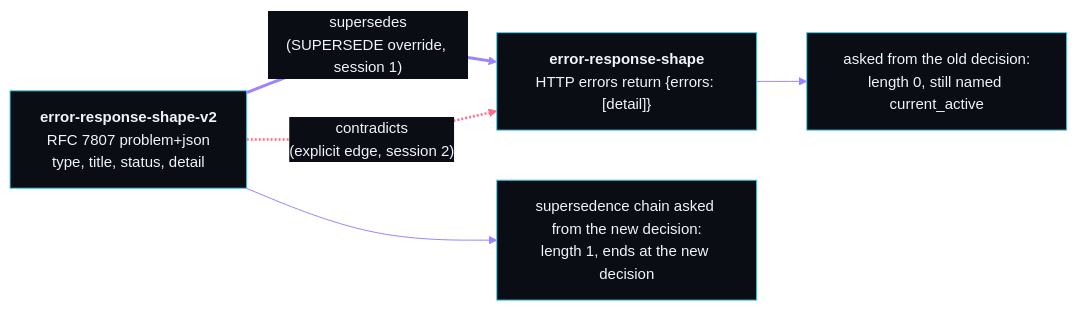
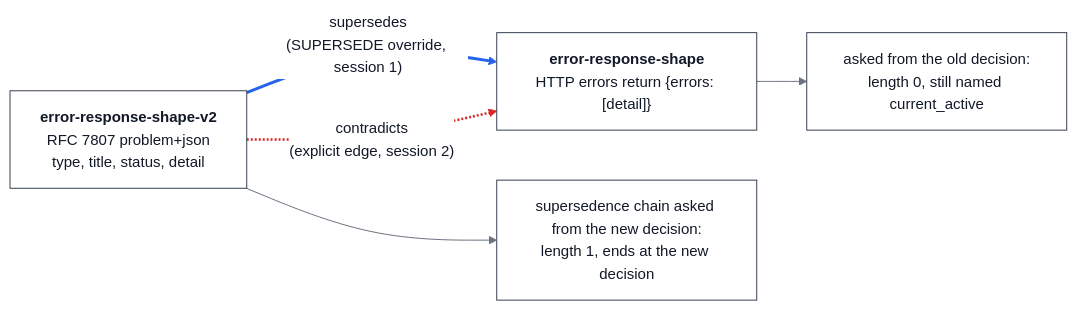
The second of 4 diagrams in docs/how-it-works.md (Infrasity-Labs/pulse-grafx-decision-memory), drawn with Mermaid before and after one commit. The commit also changed other lines of this file and 6 other files, not shown here.

First line of the commit message:
Polish README: tree structure, demo app section, license table; plain-colour banner and diagrams

````diff
--- a/docs/how-it-works.md
+++ b/docs/how-it-works.md
@@ -71,12 +71,12 @@
 ```mermaid
-%%{init: {"theme":"base","themeVariables":{"fontFamily":"IBM Plex Sans, Helvetica, Arial, sans-serif","fontSize":"15px","primaryColor":"#0b0d14","primaryTextColor":"#f3f3fa","primaryBorderColor":"#41d7ee","lineColor":"#9d83ff","secondaryColor":"#141123","secondaryTextColor":"#f3f3fa","secondaryBorderColor":"#9d83ff","tertiaryColor":"#0f1018","tertiaryTextColor":"#f3f3fa","tertiaryBorderColor":"#5d40a9","mainBkg":"#0b0d14","nodeBorder":"#41d7ee","nodeTextColor":"#f3f3fa","clusterBkg":"#0d0c16","clusterBorder":"#5d40a9","titleColor":"#c0a3ee","edgeLabelBackground":"#0b0d14","textColor":"#7f8399","noteBkgColor":"#141123","noteTextColor":"#f3f3fa","noteBorderColor":"#9d83ff","actorBkg":"#0b0d14","actorBorder":"#41d7ee","actorTextColor":"#f3f3fa","actorLineColor":"#5d40a9","signalColor":"#9d83ff","signalTextColor":"#7f8399","labelBoxBkgColor":"#141123","labelBoxBorderColor":"#5d40a9","labelTextColor":"#f3f3fa","loopTextColor":"#7f8399","sequenceNumberColor":"#06070b","pie1":"#41d7ee","pie2":"#7b91f6","pie3":"#9d83ff","pie4":"#b181ef","pie5":"#16cce8","pie6":"#2f83f5","pie7":"#6250f2","pie8":"#c0a3ee","pie9":"#60c7f1","pieTitleTextSize":"20px","pieTitleTextColor":"#7f8399","pieSectionTextColor":"#06070b","pieLegendTextColor":"#7f8399","pieStrokeColor":"#06070b","pieStrokeWidth":"2px","pieOuterStrokeColor":"#5d40a9","pieOuterStrokeWidth":"2px","pieOpacity":"0.95"}}}%%
+%%{init: {"theme":"base","themeVariables":{"fontFamily":"Helvetica, Arial, sans-serif","fontSize":"15px","primaryColor":"#ffffff","primaryTextColor":"#111827","primaryBorderColor":"#374151","lineColor":"#6b7280","secondaryColor":"#f3f4f6","secondaryTextColor":"#111827","secondaryBorderColor":"#6b7280","tertiaryColor":"#f9fafb","tertiaryTextColor":"#111827","tertiaryBorderColor":"#9ca3af","mainBkg":"#ffffff","nodeBorder":"#374151","nodeTextColor":"#111827","clusterBkg":"#f9fafb","clusterBorder":"#9ca3af","titleColor":"#111827","edgeLabelBackground":"#ffffff","textColor":"#6b7280","noteBkgColor":"#f3f4f6","noteTextColor":"#111827","noteBorderColor":"#6b7280","actorBkg":"#ffffff","actorBorder":"#374151","actorTextColor":"#111827","actorLineColor":"#9ca3af","signalColor":"#6b7280","signalTextColor":"#6b7280","labelBoxBkgColor":"#f3f4f6","labelBoxBorderColor":"#6b7280","labelTextColor":"#111827","loopTextColor":"#6b7280","sequenceNumberColor":"#ffffff","pie1":"#2563eb","pie2":"#6b7280","pie3":"#16a34a","pie4":"#d97706","pie5":"#dc2626","pie6":"#0891b2","pie7":"#4b5563","pie8":"#93c5fd","pie9":"#9ca3af","pieTitleTextSize":"20px","pieTitleTextColor":"#6b7280","pieSectionTextColor":"#ffffff","pieLegendTextColor":"#6b7280","pieStrokeColor":"#ffffff","pieStrokeWidth":"2px","pieOuterStrokeColor":"#d1d5db","pieOuterStrokeWidth":"2px","pieOpacity":"0.95"}}}%%
 flowchart LR
     OLD["<b>error-response-shape</b><br/>HTTP errors return {errors: [detail]}"]
     NEW["<b>error-response-shape-v2</b><br/>RFC 7807 problem+json<br/>type, title, status, detail"]
     NEW -- "supersedes<br/>(SUPERSEDE override, session 1)" --> OLD
     NEW -. "contradicts<br/>(explicit edge, session 2)" .-> OLD
     NEW --> Q1["supersedence chain asked from the new decision:<br/>length 1, ends at the new decision"]
     OLD --> Q2["asked from the old decision:<br/>length 0, still named current_active"]
-    linkStyle 0 stroke:#9d83ff,stroke-width:3px
-    linkStyle 1 stroke:#ff6b8b,stroke-width:2.5px
+    linkStyle 0 stroke:#2563eb,stroke-width:3px
+    linkStyle 1 stroke:#dc2626,stroke-width:2.5px
 ```
````
